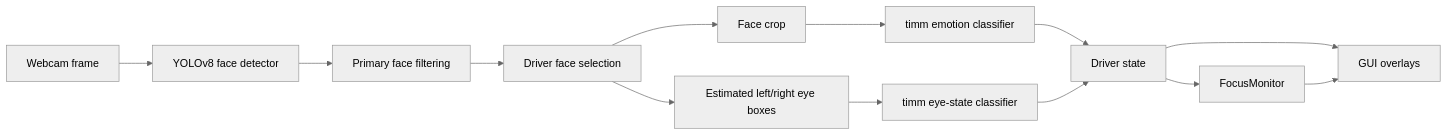
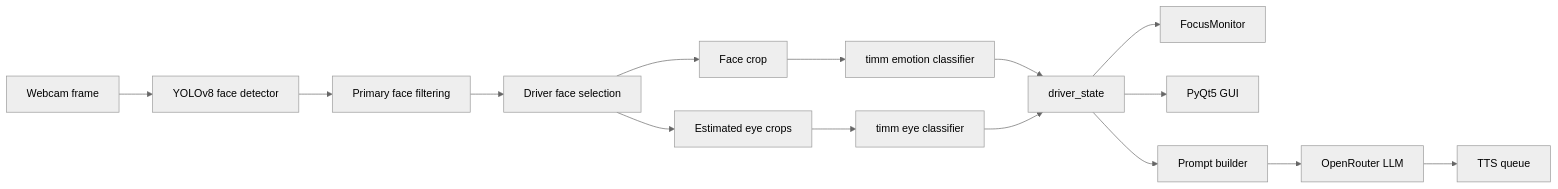
The first of 2 diagrams in README.md (CS731-2026/project-1-emotion-aware-chatbot-team-6), drawn with Mermaid (neutral theme) before and after one commit. The commit also changed other lines of this file and 4 other files, not shown here.

````diff
--- a/README.md
+++ b/README.md
@@ -42,15 +135,17 @@
 ```mermaid
 flowchart LR
     A["Webcam frame"] --> B["YOLOv8 face detector"]
     B --> C["Primary face filtering"]
     C --> D["Driver face selection"]
     D --> E["Face crop"]
     E --> F["timm emotion classifier"]
-    D --> G["Estimated left/right eye boxes"]
-    G --> H["timm eye-state classifier"]
-    F --> I["Driver state"]
+    D --> G["Estimated eye crops"]
+    G --> H["timm eye classifier"]
+    F --> I["driver_state"]
     H --> I
     I --> J["FocusMonitor"]
-    I --> K["GUI overlays"]
-    J --> K
+    I --> K["PyQt5 GUI"]
+    I --> L["Prompt builder"]
+    L --> M["OpenRouter LLM"]
+    M --> N["TTS queue"]
 ```
````
